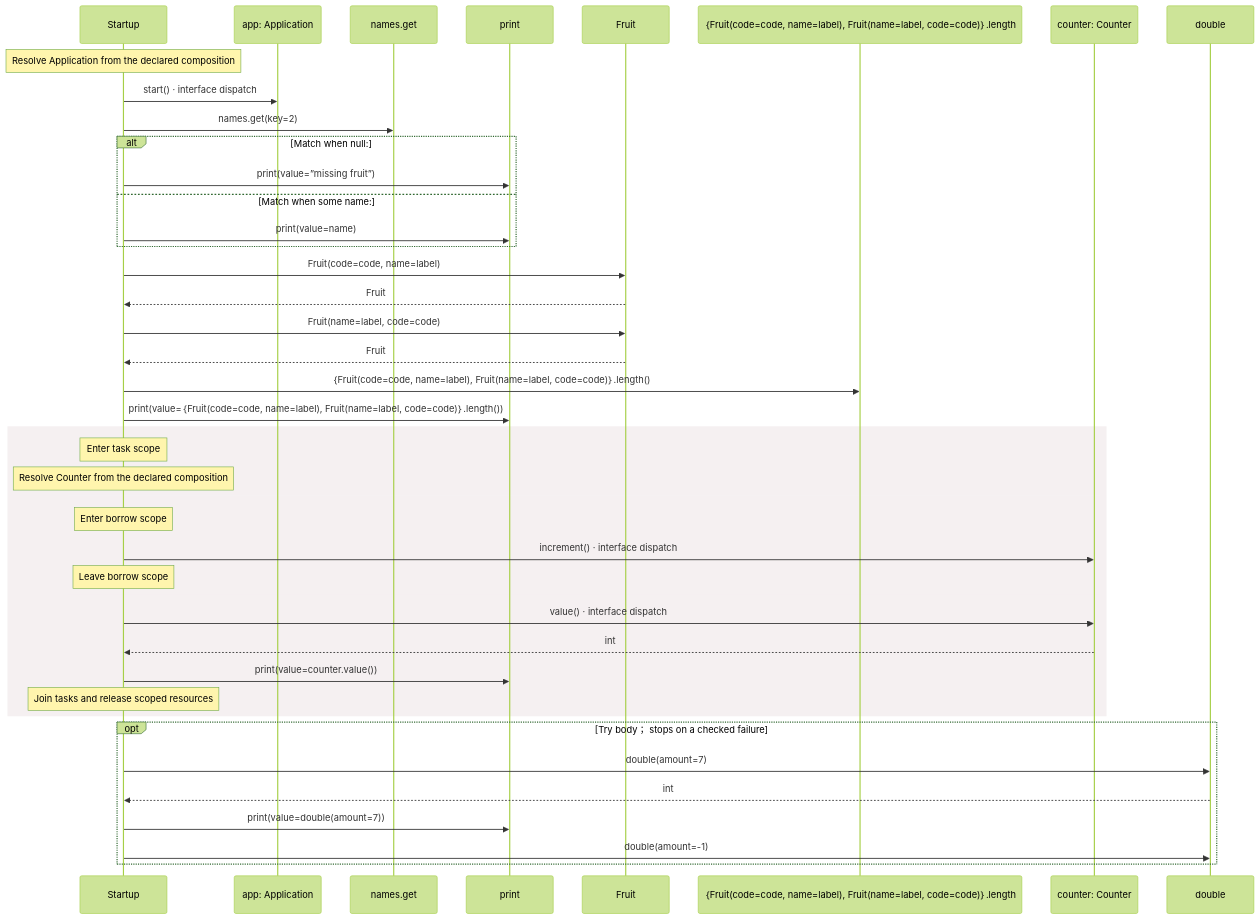
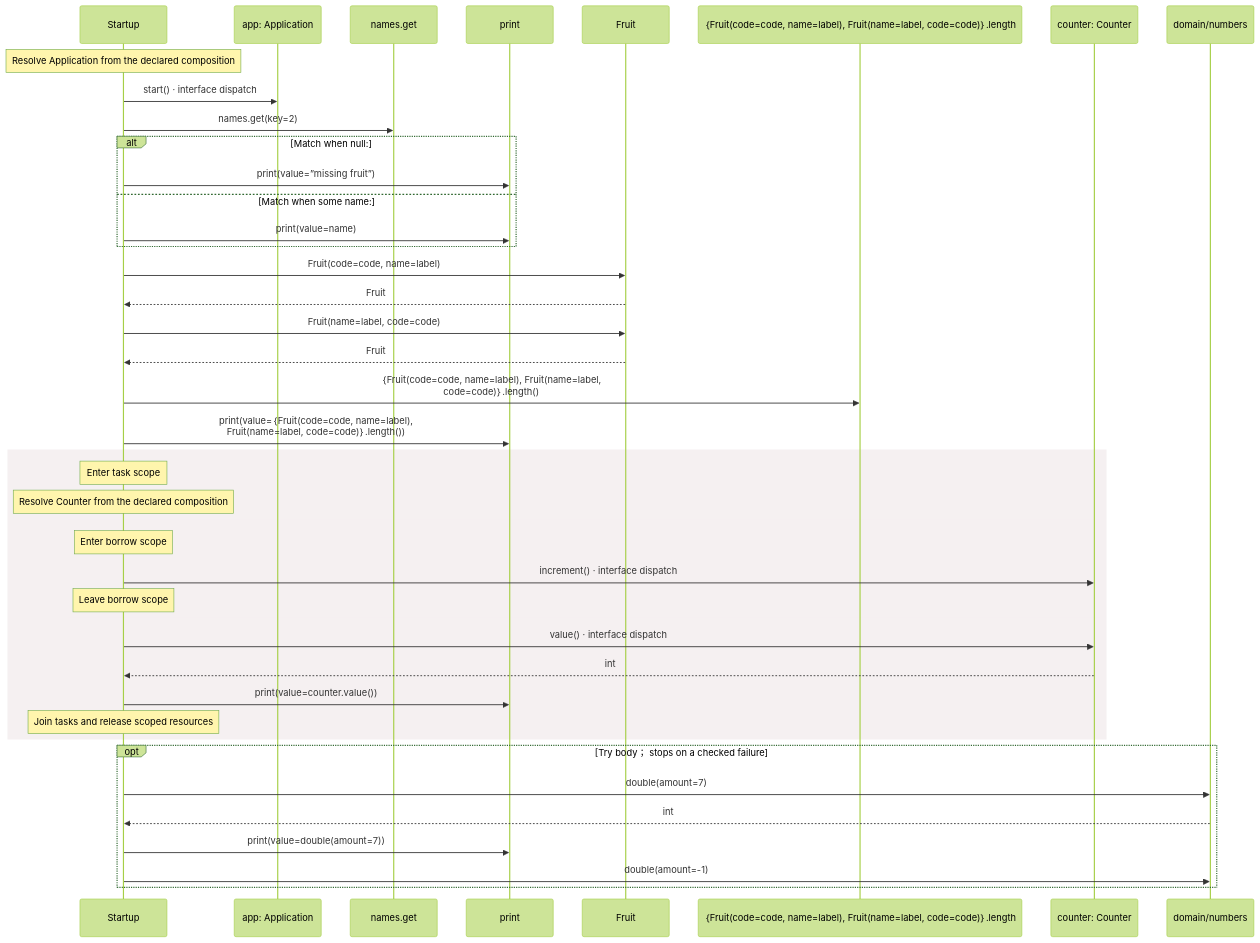
The third of 4 diagrams in docs/examples/approved-design/main-diagrams.md (GreenPandaStudios/augscript), drawn with Mermaid (forest theme) before and after one commit. The commit also changed other lines of this file and 200 other files, not shown here.

Commit message:
Group imported operations and wrap readable sequence messages

````diff
--- a/docs/examples/approved-design/main-diagrams.md
+++ b/docs/examples/approved-design/main-diagrams.md
@@ -61,44 +61,44 @@
 ```mermaid
 sequenceDiagram
     participant p0 as Startup
     participant p1 as app: Application
     participant p2 as names.get
     participant p3 as print
     participant p4 as Fruit
     participant p5 as ｛Fruit(code=code, name=label), Fruit(name=label, code=code)｝.length
     participant p6 as counter: Counter
-    participant p7 as double
+    participant p7 as domain/numbers
     Note over p0: Resolve Application from the declared composition
     p0->>p1: start() · interface dispatch
     p0->>p2: names.get(key=2)
     alt Match when null:
     p0->>p3: print(value=”missing fruit”)
     else Match when some name:
     p0->>p3: print(value=name)
     end
     p0->>p4: Fruit(code=code, name=label)
     p4-->>p0: Fruit
     p0->>p4: Fruit(name=label, code=code)
     p4-->>p0: Fruit
-    p0->>p5: ｛Fruit(code=code, name=label), Fruit(name=label, code=code)｝.length()
-    p0->>p3: print(value=｛Fruit(code=code, name=label), Fruit(name=label, code=code)｝.length())
+    p0->>p5: ｛Fruit(code=code, name=label), Fruit(name=label,<br/>code=code)｝.length()
+    p0->>p3: print(value=｛Fruit(code=code, name=label),<br/>Fruit(name=label, code=code)｝.length())
     rect rgb(245, 240, 241)
     Note over p0: Enter task scope
     Note over p0: Resolve Counter from the declared composition
     rect rgb(245, 240, 241)
     Note over p0: Enter borrow scope
     p0->>p6: increment() · interface dispatch
     Note over p0: Leave borrow scope
     end
     p0->>p6: value() · interface dispatch
     p6-->>p0: int
     p0->>p3: print(value=counter.value())
     Note over p0: Join tasks and release scoped resources
     end
     opt Try body； stops on a checked failure
     p0->>p7: double(amount=7)
     p7-->>p0: int
     p0->>p3: print(value=double(amount=7))
     p0->>p7: double(amount=-1)
     end
 ```
````
